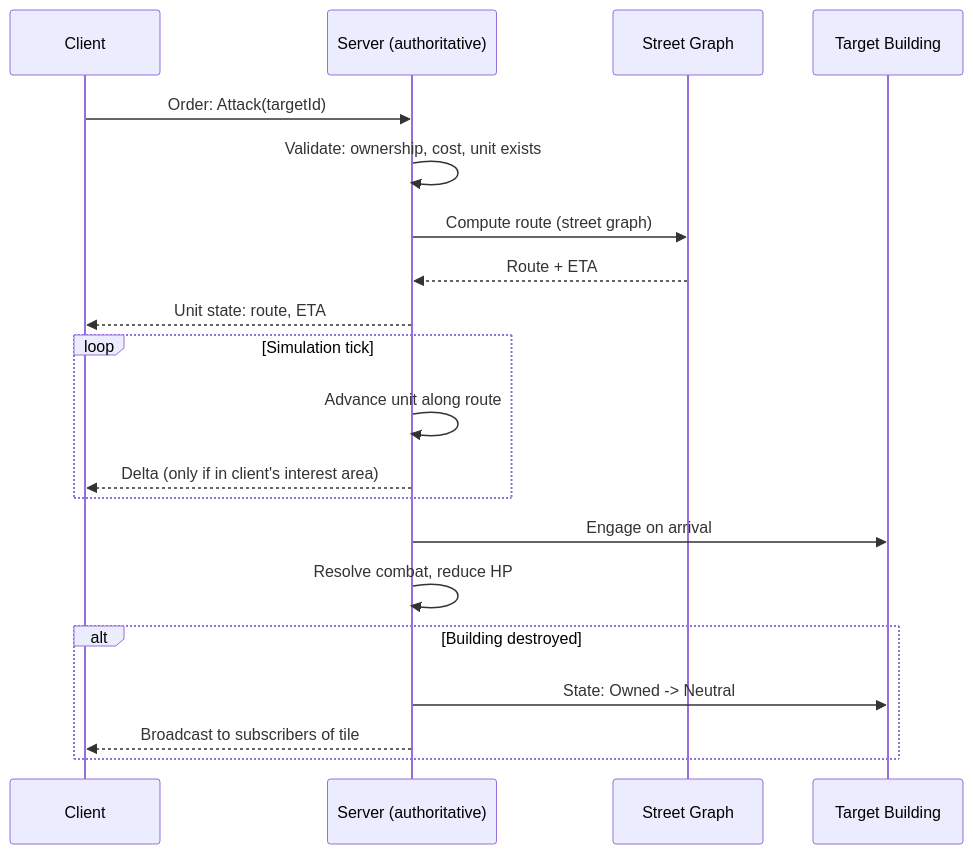
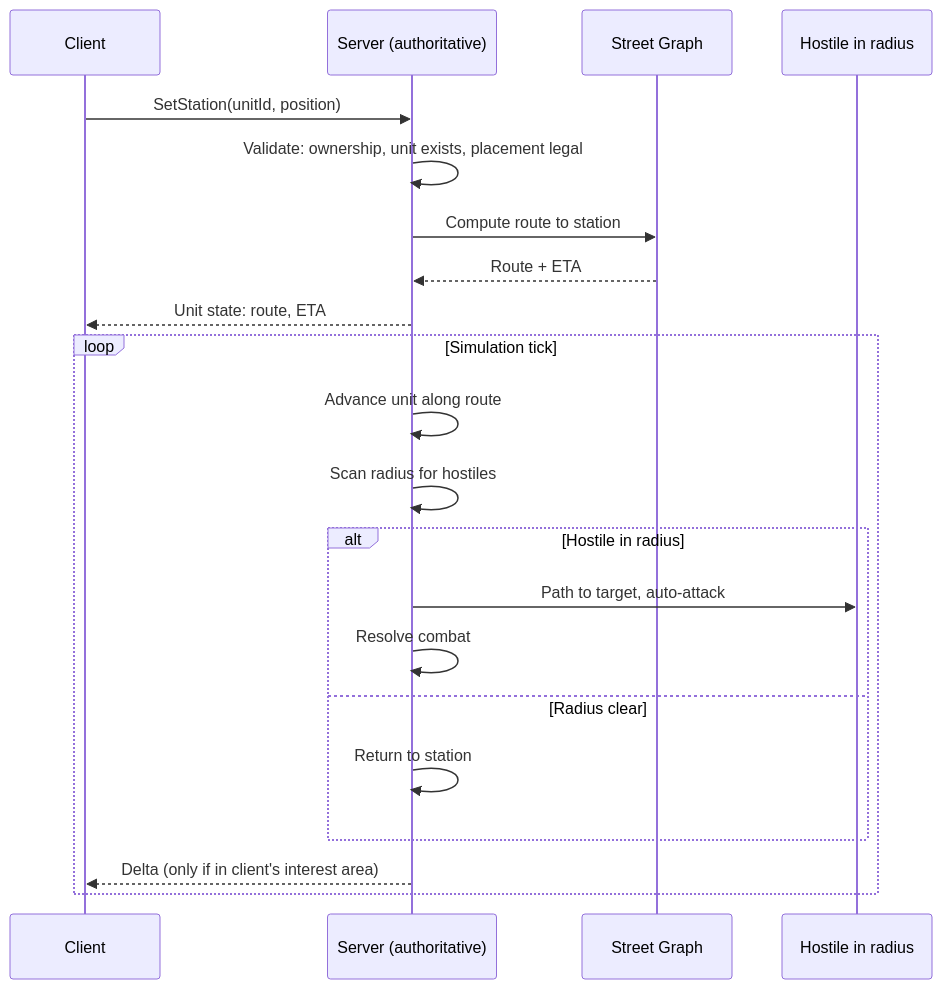
The fifth of 14 diagrams in docs/GAME_DESIGN.md (jhofer/ar-map-game), drawn with Mermaid before and after one commit. The commit also changed other lines of this file, not shown here.

First line of the commit message:
Replace unit orders with station and leash model

````diff
--- a/docs/GAME_DESIGN.md
+++ b/docs/GAME_DESIGN.md
@@ -242,23 +291,24 @@
 ```mermaid
 sequenceDiagram
     participant C as Client
     participant S as Server (authoritative)
     participant N as Street Graph
-    participant T as Target Building
+    participant T as Hostile in radius
 
-    C->>S: Order: Attack(targetId)
-    S->>S: Validate: ownership, cost, unit exists
-    S->>N: Compute route (street graph)
+    C->>S: SetStation(unitId, position)
+    S->>S: Validate: ownership, unit exists, placement legal
+    S->>N: Compute route to station
     N-->>S: Route + ETA
     S-->>C: Unit state: route, ETA
     loop Simulation tick
         S->>S: Advance unit along route
+        S->>S: Scan radius for hostiles
+        alt Hostile in radius
+            S->>T: Path to target, auto-attack
+            S->>S: Resolve combat
+        else Radius clear
+            S->>S: Return to station
+        end
         S-->>C: Delta (only if in client's interest area)
     end
-    S->>T: Engage on arrival
-    S->>S: Resolve combat, reduce HP
-    alt Building destroyed
-        S->>T: State: Owned -> Neutral
-        S-->>C: Broadcast to subscribers of tile
-    end
 ```
````
